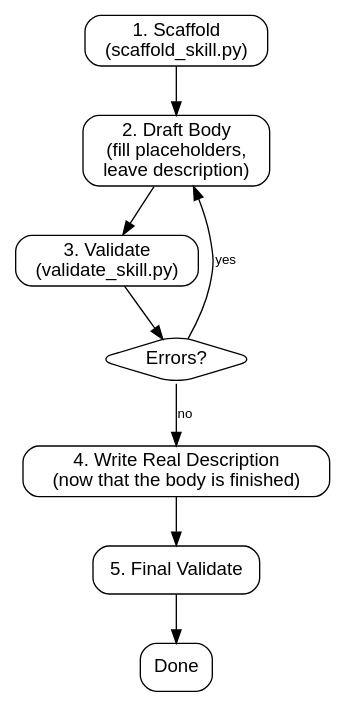
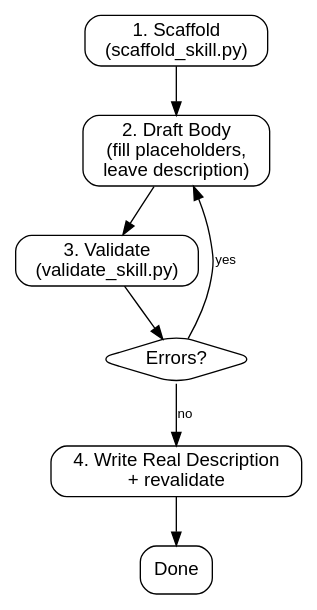
One commit to j0hanz/squad-agents changed the diagram in skills/make-a-skill/SKILL.md. Above: the diagram before and after it, drawn with Graphviz. The commit also changed other lines of this file, not shown here.

````diff
--- a/skills/make-a-skill/SKILL.md
+++ b/skills/make-a-skill/SKILL.md
@@ -13,20 +13,19 @@
 ```dot
 digraph make_a_skill {
   rankdir=TB;
   node [shape=box, style=rounded, fontname="Helvetica"];
   edge [fontname="Helvetica", fontsize=10];
 
   Scaffold [label="1. Scaffold\n(scaffold_skill.py)"];
   Draft [label="2. Draft Body\n(fill placeholders,\nleave description)"];
   Validate1 [label="3. Validate\n(validate_skill.py)"];
   ErrCheck [label="Errors?", shape=diamond];
-  Describe [label="4. Write Real Description\n(now that the body is finished)"];
-  Validate2 [label="5. Final Validate"];
+  Describe [label="4. Write Real Description\n+ revalidate"];
   Done [label="Done"];
 
   Scaffold -> Draft -> Validate1 -> ErrCheck;
   ErrCheck -> Draft [label="yes"];
   ErrCheck -> Describe [label="no"];
-  Describe -> Validate2 -> Done;
+  Describe -> Done;
 }
 ```
````
